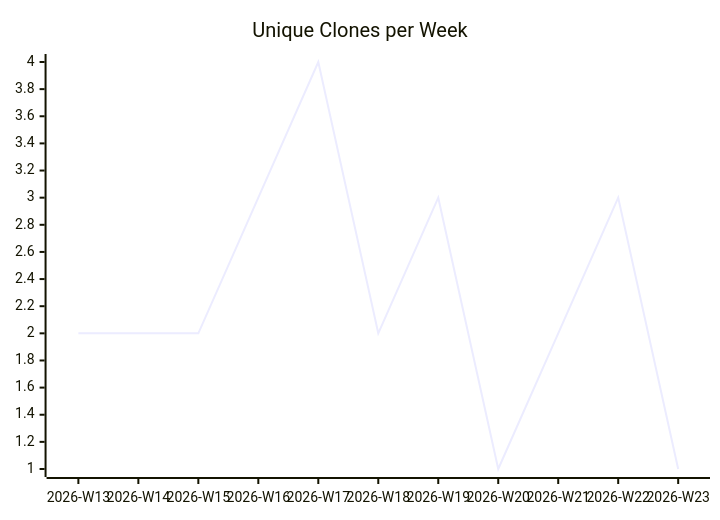
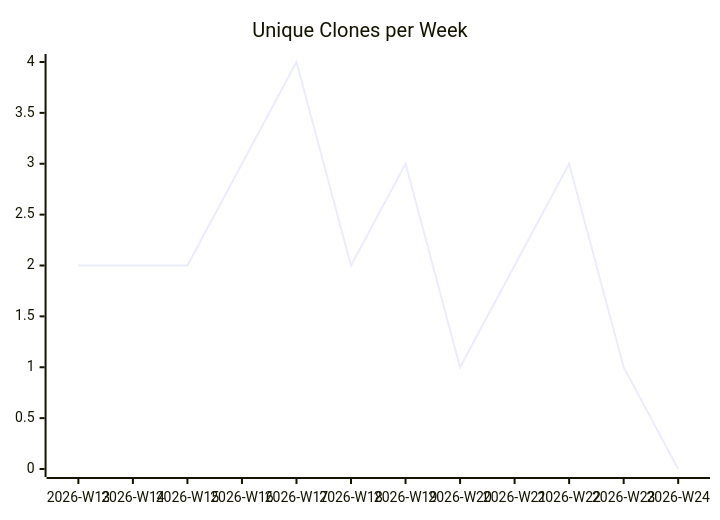
Before and after one commit to justdavis-family/github-analytics-data: the third of 3 diagrams in karlmdavis/bbonfhir-dev-infra-docker/README.md, drawn with Mermaid. The commit also changed other lines of this file and 189 other files, not shown here.

````diff
--- a/karlmdavis/bbonfhir-dev-infra-docker/README.md
+++ b/karlmdavis/bbonfhir-dev-infra-docker/README.md
@@ -19,6 +19,6 @@
 ```mermaid
 xychart-beta
   title "Unique Clones per Week"
-  x-axis ["2026-W13", "2026-W14", "2026-W15", "2026-W16", "2026-W17", "2026-W18", "2026-W19", "2026-W20", "2026-W21", "2026-W22", "2026-W23"]
-  line [2, 2, 2, 3, 4, 2, 3, 1, 2, 3, 1]
+  x-axis ["2026-W13", "2026-W14", "2026-W15", "2026-W16", "2026-W17", "2026-W18", "2026-W19", "2026-W20", "2026-W21", "2026-W22", "2026-W23", "2026-W24"]
+  line [2, 2, 2, 3, 4, 2, 3, 1, 2, 3, 1, 0]
 ```
````
